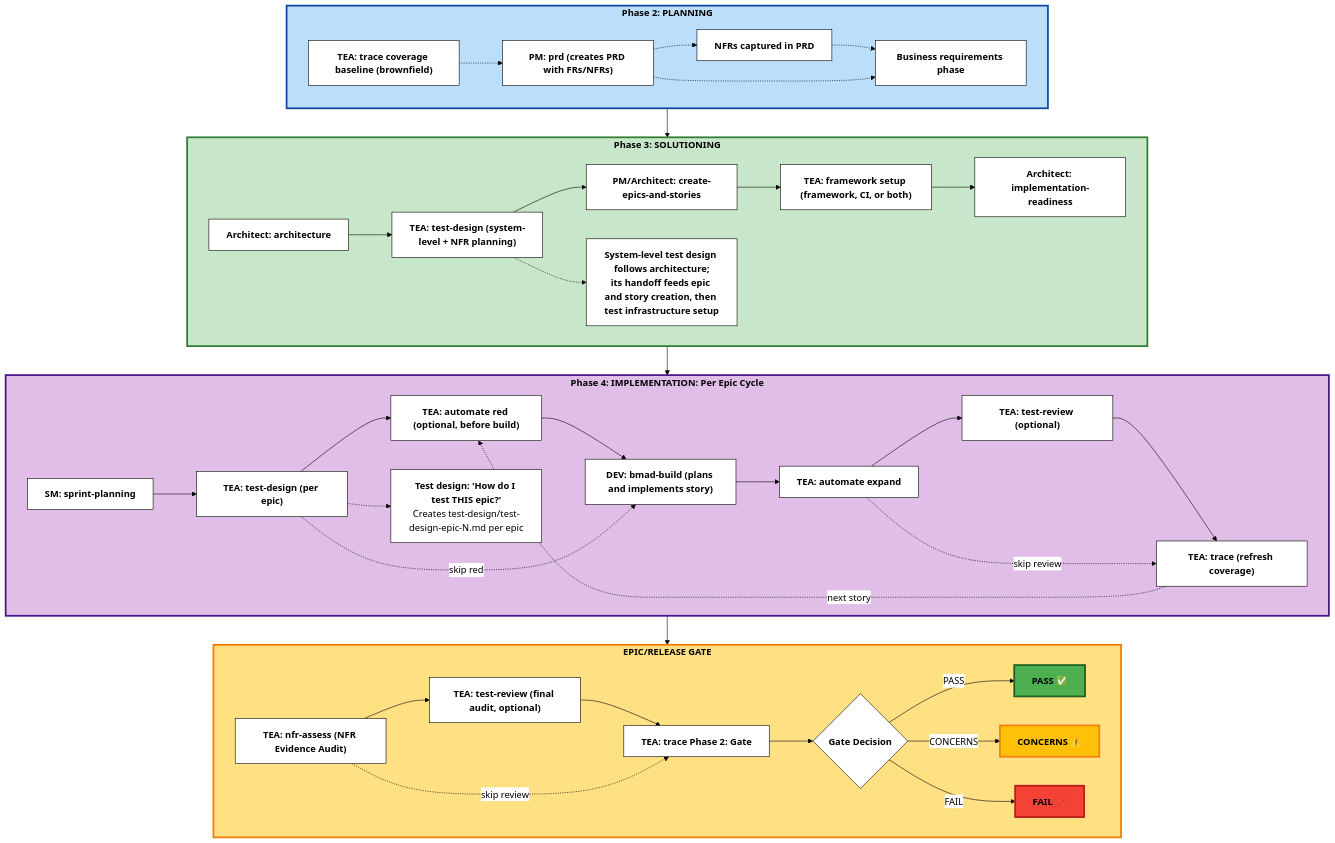
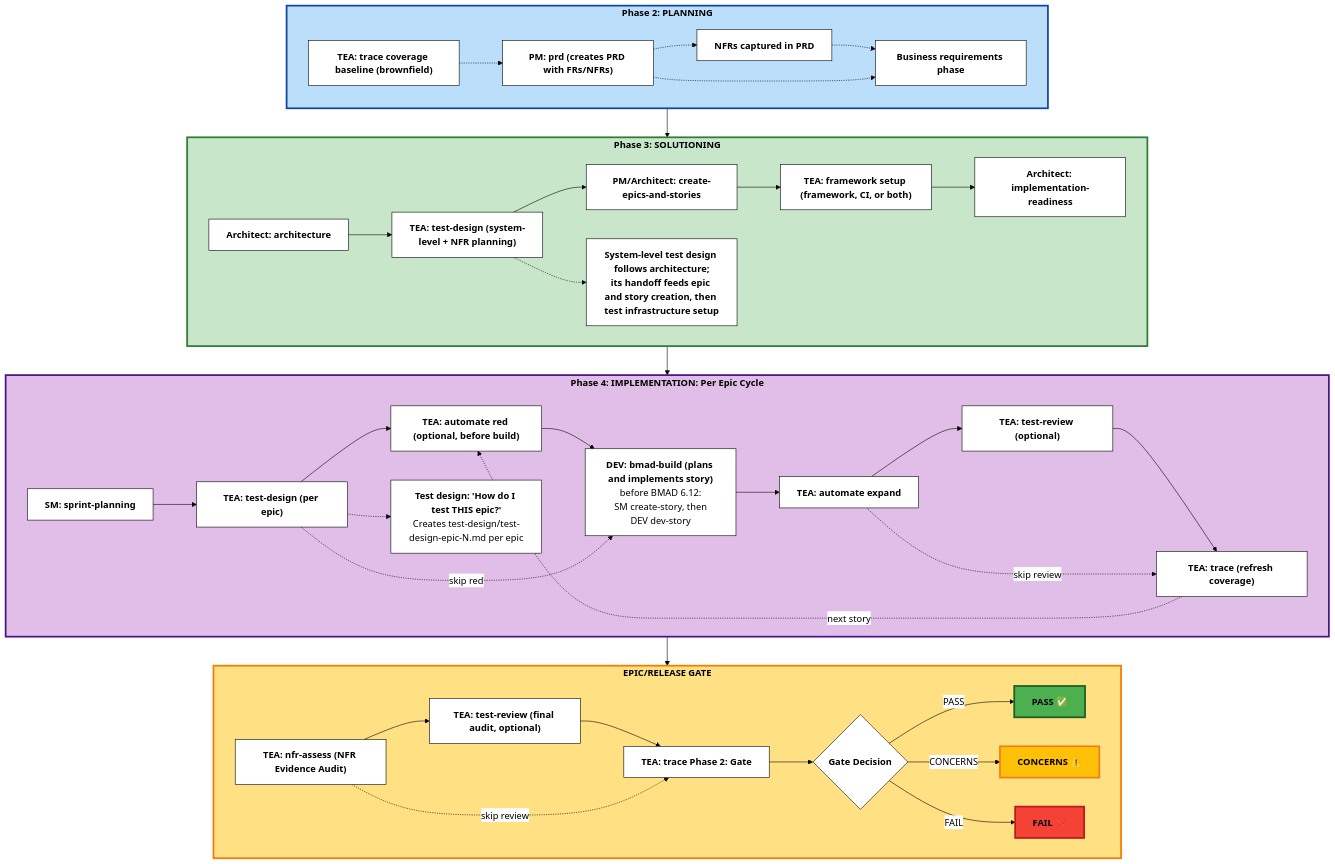
One commit to bmad-code-org/bmad-method-test-architecture-enterprise changed the diagram in docs/explanation/tea-overview.md. Above: the diagram before and after it, drawn with Mermaid. The commit also changed 2 other files, not shown here.

Commit message:
docs: keep the pre-6.12 story path visible in the lifecycle docs
The Phase 4 diagram node, the engagement-model row and both glossary entries now name create-story and dev-story for BMAD releases before 6.12 next to bmad-build.

Claude-Session: https://claude.ai/code/session_01We41DerWZMgnBAccxfprND

````diff
--- a/docs/explanation/tea-overview.md
+++ b/docs/explanation/tea-overview.md
@@ -75,77 +75,77 @@
 ```mermaid
 %%{init: {'theme':'base', 'themeVariables': { 'primaryColor':'#fff','primaryTextColor':'#000','primaryBorderColor':'#000','lineColor':'#000','secondaryColor':'#fff','tertiaryColor':'#fff','fontSize':'16px','fontFamily':'arial'}}}%%
 graph TB
     subgraph Phase2["<b>Phase 2: PLANNING</b>"]
         TraceBaseline["<b>TEA: trace coverage baseline (brownfield)</b>"]
         PM["<b>PM: prd (creates PRD with FRs/NFRs)</b>"]
         TraceBaseline -.-> PM
         PlanNote["<b>Business requirements phase</b>"]
         PrdNfr["<b>NFRs captured in PRD</b>"]
         PM -.-> PrdNfr
         PrdNfr -.-> PlanNote
         PM -.-> PlanNote
     end
 
     subgraph Phase3["<b>Phase 3: SOLUTIONING</b>"]
         Architecture["<b>Architect: architecture</b>"]
         EpicsStories["<b>PM/Architect: create-epics-and-stories</b>"]
         TestDesignSys["<b>TEA: test-design (system-level + NFR planning)</b>"]
         Framework["<b>TEA: framework setup (framework, CI, or both)</b>"]
         GateCheck["<b>Architect: implementation-readiness</b>"]
         Architecture --> TestDesignSys
         TestDesignSys --> EpicsStories
         EpicsStories --> Framework
         Framework --> GateCheck
         Phase3Note["<b>System-level test design follows architecture;</b><br/><b>its handoff feeds epic and story creation, then test infrastructure setup</b>"]
         TestDesignSys -.-> Phase3Note
     end
 
     subgraph Phase4["<b>Phase 4: IMPLEMENTATION: Per Epic Cycle</b>"]
         SprintPlan["<b>SM: sprint-planning</b>"]
         TestDesign["<b>TEA: test-design (per epic)</b>"]
         ATDD["<b>TEA: automate red (optional, before build)</b>"]
-        Build["<b>DEV: bmad-build (plans and implements story)</b>"]
+        Build["<b>DEV: bmad-build (plans and implements story)</b><br/>before BMAD 6.12:<br/>SM create-story, then<br/>DEV dev-story"]
         Automate["<b>TEA: automate expand</b>"]
         TestReview1["<b>TEA: test-review (optional)</b>"]
         Trace1["<b>TEA: trace (refresh coverage)</b>"]
 
         SprintPlan --> TestDesign
         TestDesign --> ATDD
         ATDD --> Build
         TestDesign -.->|skip red| Build
         Build --> Automate
         Automate --> TestReview1
         TestReview1 --> Trace1
         Automate -.->|skip review| Trace1
         Trace1 -.->|next story| ATDD
         TestDesignNote["<b>Test design: 'How do I test THIS epic?'</b><br/>Creates test-design/test-design-epic-N.md per epic"]
         TestDesign -.-> TestDesignNote
     end
 
     subgraph Gate["<b>EPIC/RELEASE GATE</b>"]
         NFR["<b>TEA: nfr-assess (NFR Evidence Audit)</b>"]
         TestReview2["<b>TEA: test-review (final audit, optional)</b>"]
         TraceGate["<b>TEA: trace Phase 2: Gate</b>"]
         GateDecision{"<b>Gate Decision</b>"}
 
         NFR --> TestReview2
         TestReview2 --> TraceGate
         NFR -.->|skip review| TraceGate
         TraceGate --> GateDecision
         GateDecision -->|PASS| Pass["<b>PASS ✅</b>"]
         GateDecision -->|CONCERNS| Concerns["<b>CONCERNS ⚠️</b>"]
         GateDecision -->|FAIL| Fail["<b>FAIL ❌</b>"]
     end
 
     Phase2 --> Phase3
     Phase3 --> Phase4
     Phase4 --> Gate
 
     style Phase2 fill:#bbdefb,stroke:#0d47a1,stroke-width:3px,color:#000
     style Phase3 fill:#c8e6c9,stroke:#2e7d32,stroke-width:3px,color:#000
     style Phase4 fill:#e1bee7,stroke:#4a148c,stroke-width:3px,color:#000
     style Gate fill:#ffe082,stroke:#f57c00,stroke-width:3px,color:#000
     style Pass fill:#4caf50,stroke:#1b5e20,stroke-width:3px,color:#000
     style Concerns fill:#ffc107,stroke:#f57f17,stroke-width:3px,color:#000
     style Fail fill:#f44336,stroke:#b71c1c,stroke-width:3px,color:#000
 ```
````
